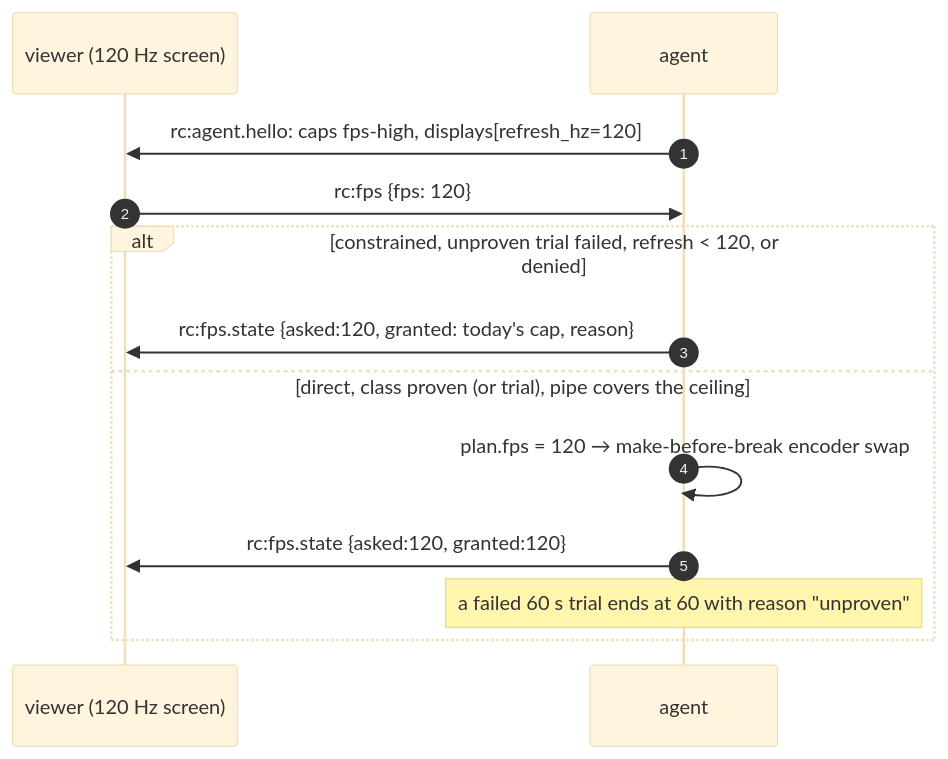
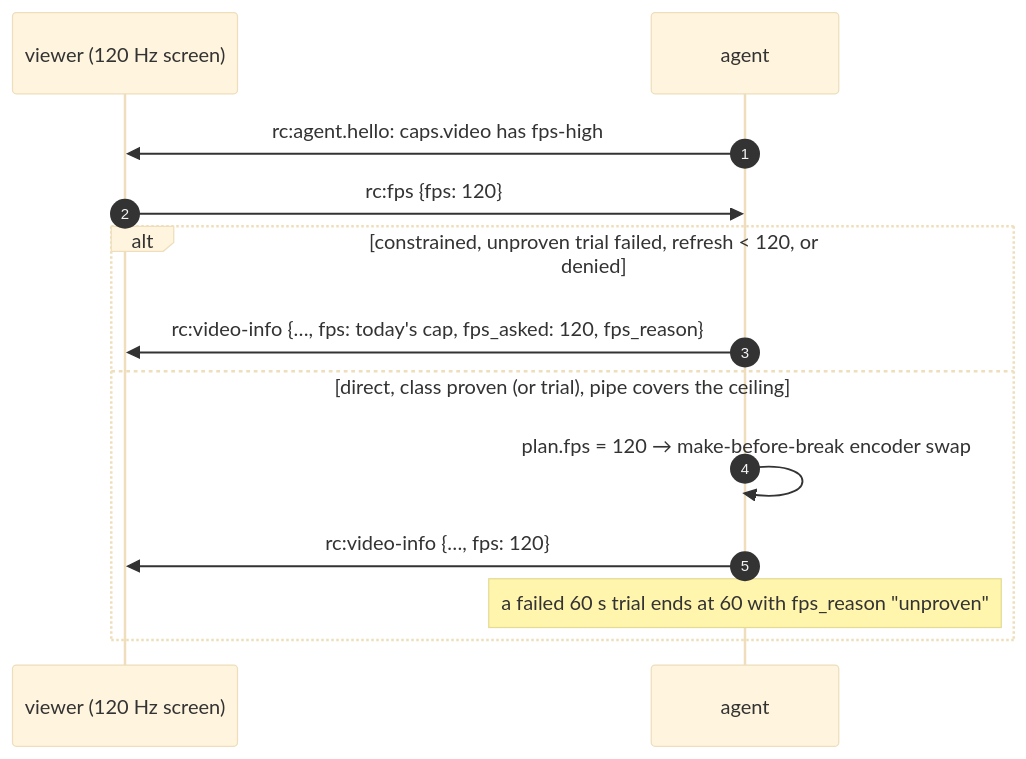
One commit to gjovanov/roomler-ai changed the diagram in docs/fr/FR-119-high-refresh-streaming.md. Above: the diagram before and after it, drawn with Mermaid (base theme). The commit also changed other lines of this file and 36 other files, not shown here.

````diff
--- a/docs/fr/FR-119-high-refresh-streaming.md
+++ b/docs/fr/FR-119-high-refresh-streaming.md
@@ -106,15 +115,15 @@
 ```mermaid
 sequenceDiagram
     autonumber
     participant V as viewer (120 Hz screen)
     participant A as agent
-    A->>V: rc:agent.hello: caps fps-high, displays[refresh_hz=120]
+    A->>V: rc:agent.hello: caps.video has fps-high
     V->>A: rc:fps {fps: 120}
     alt constrained, unproven trial failed, refresh < 120, or denied
-        A->>V: rc:fps.state {asked:120, granted: today's cap, reason}
+        A->>V: rc:video-info {…, fps: today's cap, fps_asked: 120, fps_reason}
     else direct, class proven (or trial), pipe covers the ceiling
         A->>A: plan.fps = 120 → make-before-break encoder swap
-        A->>V: rc:fps.state {asked:120, granted:120}
-        Note over A: a failed 60 s trial ends at 60 with reason "unproven"
+        A->>V: rc:video-info {…, fps: 120}
+        Note over A: a failed 60 s trial ends at 60 with fps_reason "unproven"
     end
 ```
````
